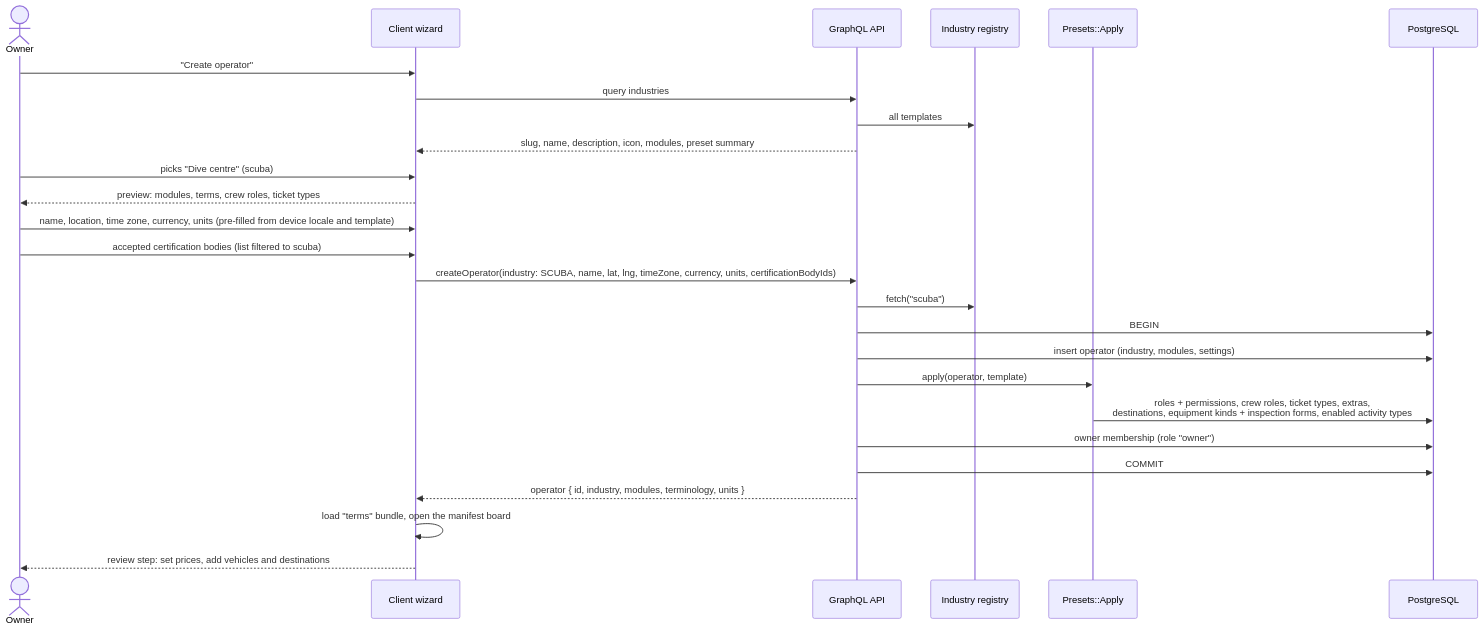
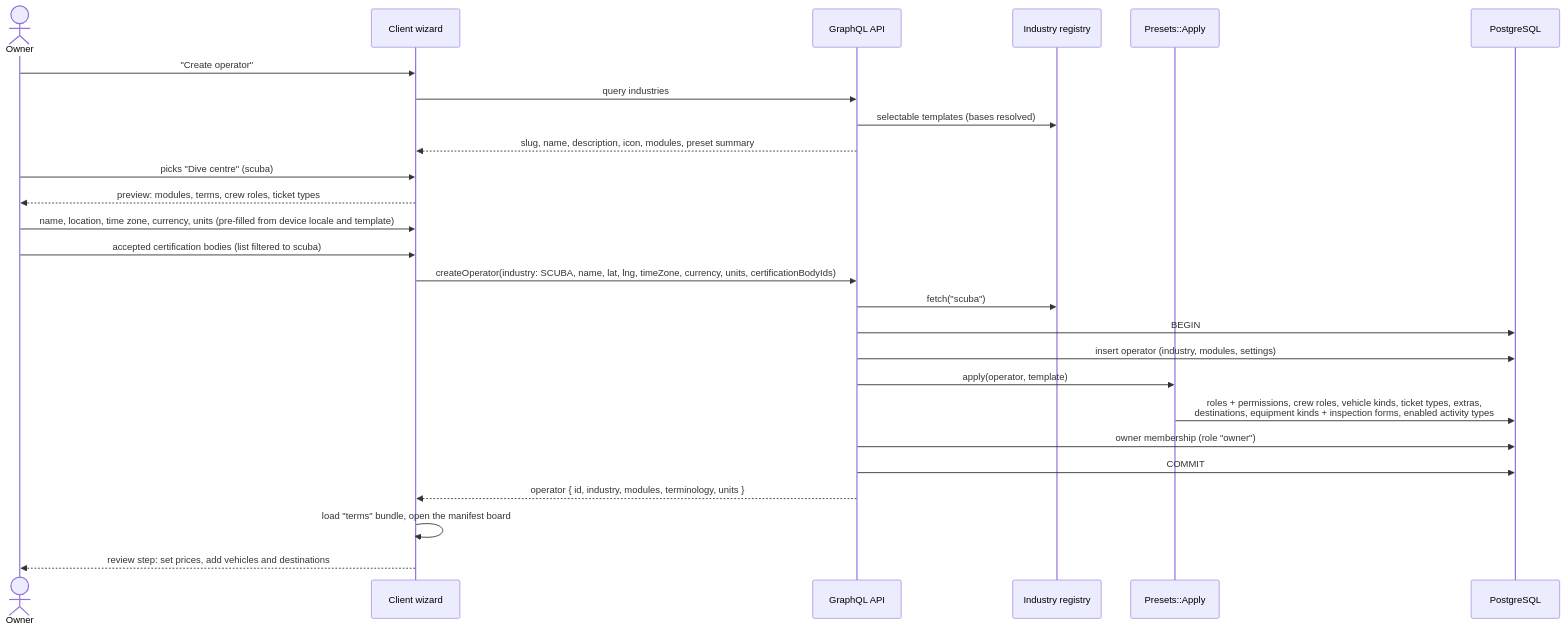
The fourth of 10 diagrams in docs/reference/GENERALISATION.md (OpenManifest/openmanifest-server), drawn with Mermaid before and after one commit. The commit also changed other lines of this file and 1 other file, not shown here.

````diff
--- a/docs/reference/GENERALISATION.md
+++ b/docs/reference/GENERALISATION.md
@@ -332,29 +407,29 @@
 ```mermaid
 sequenceDiagram
   actor Owner
   participant App as Client wizard
   participant API as GraphQL API
   participant Ind as Industry registry
   participant Pre as Presets::Apply
   participant DB as PostgreSQL
 
   Owner->>App: "Create operator"
   App->>API: query industries
-  API->>Ind: all templates
+  API->>Ind: selectable templates (bases resolved)
   API-->>App: slug, name, description, icon, modules, preset summary
   Owner->>App: picks "Dive centre" (scuba)
   App-->>Owner: preview: modules, terms, crew roles, ticket types
   Owner->>App: name, location, time zone, currency, units (pre-filled from device locale and template)
   Owner->>App: accepted certification bodies (list filtered to scuba)
   App->>API: createOperator(industry: SCUBA, name, lat, lng, timeZone, currency, units, certificationBodyIds)
   API->>Ind: fetch("scuba")
   API->>DB: BEGIN
   API->>DB: insert operator (industry, modules, settings)
   API->>Pre: apply(operator, template)
-  Pre->>DB: roles + permissions, crew roles, ticket types, extras,<br/>destinations, equipment kinds + inspection forms, enabled activity types
+  Pre->>DB: roles + permissions, crew roles, vehicle kinds, ticket types, extras,<br/>destinations, equipment kinds + inspection forms, enabled activity types
   API->>DB: owner membership (role "owner")
   API->>DB: COMMIT
   API-->>App: operator { id, industry, modules, terminology, units }
   App->>App: load "terms" bundle, open the manifest board
   App-->>Owner: review step: set prices, add vehicles and destinations
 ```
````
